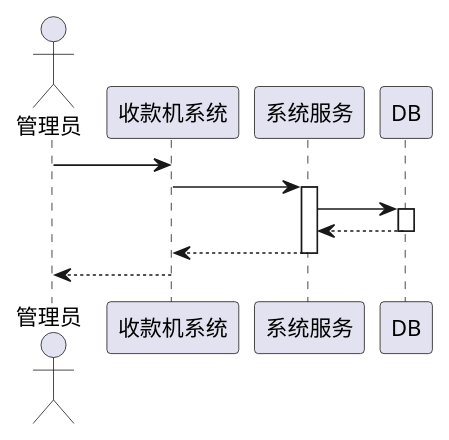
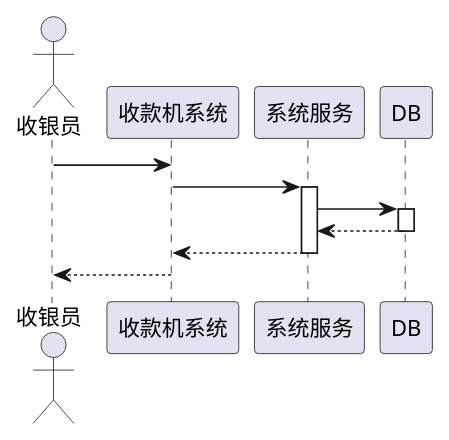
One commit to guxiaogang/arch-training-camp changed the diagram in home_work/week1/deploy_receive_seq.puml. Above: the diagram before and after it, drawn with PlantUML. The commit also changed 2 other files, not shown here.

```diff
--- a/home_work/week1/deploy_receive_seq.puml
+++ b/home_work/week1/deploy_receive_seq.puml
@@ -1,19 +1,19 @@
 @startuml
-    actor "管理员" as customer
+    actor "收银员" as customer
     participant 收款机系统 as receive_sys
     participant 系统服务 as service
 
     customer -> receive_sys
     receive_sys->service
     activate service
 
     service -> DB
     activate DB
     DB --> service
     deactivate DB
     service --> receive_sys
     deactivate service
 
     receive_sys-->customer
 
 @enduml
```
